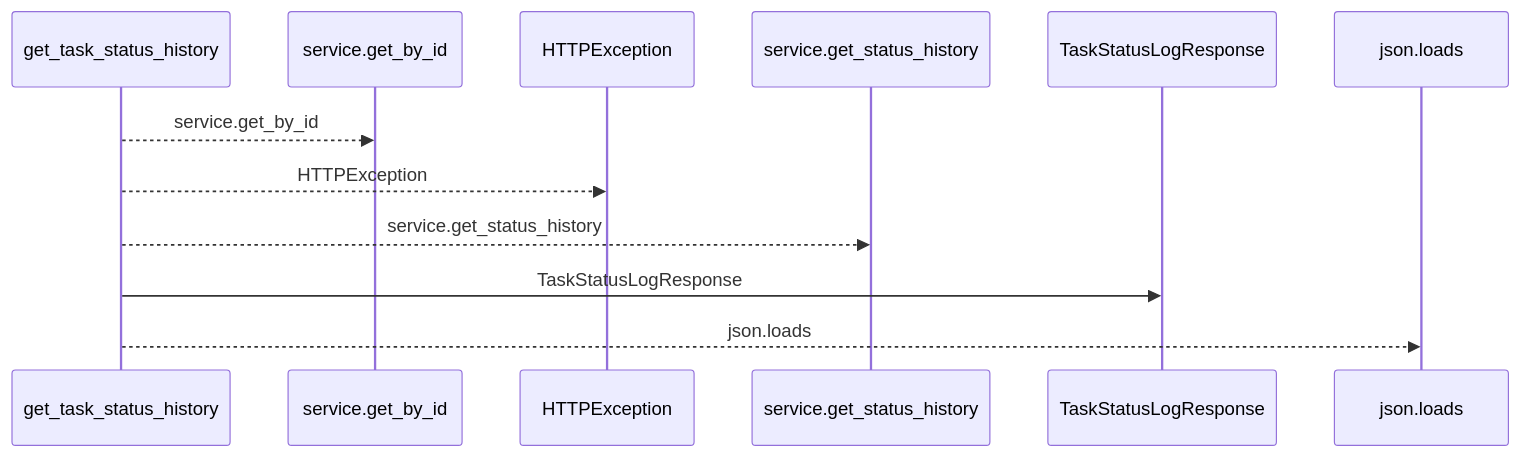
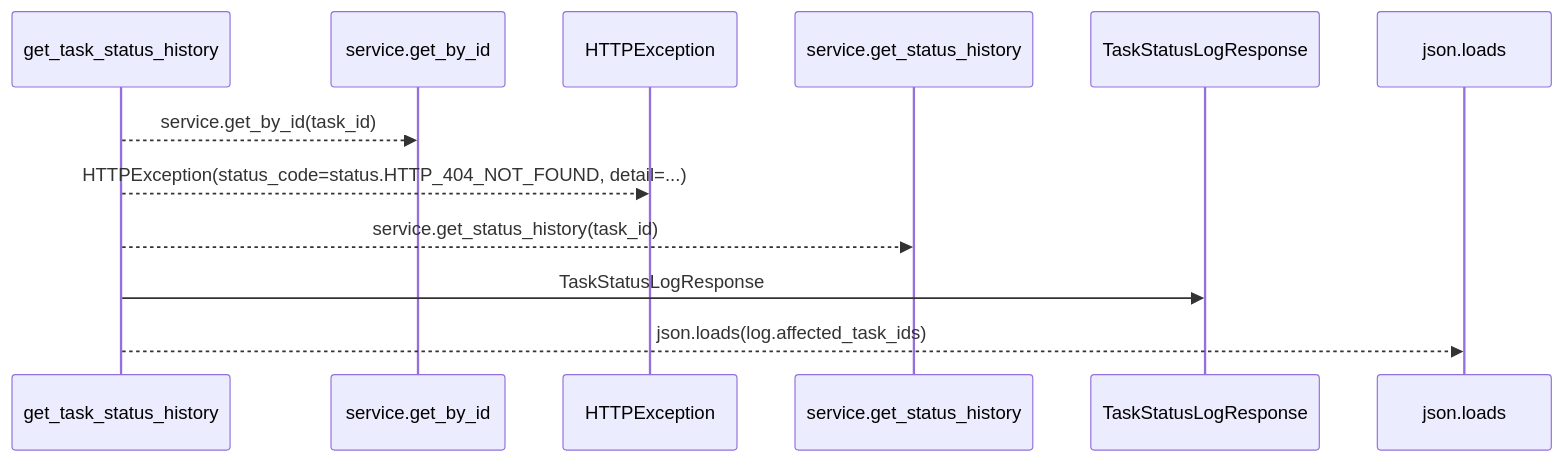
Before and after one commit to Denissvgn/WorkChord: the first of 2 diagrams in docs/llm_wiki/flows/http-get_task_status_history.md, drawn with Mermaid. The commit also changed other lines of this file and 25171 other files, not shown here.

````diff
--- a/docs/llm_wiki/flows/http-get_task_status_history.md
+++ b/docs/llm_wiki/flows/http-get_task_status_history.md
@@ -10,14 +12,14 @@
 ```mermaid
 sequenceDiagram
     participant p0 as get_task_status_history
     participant p1 as service.get_by_id
     participant p2 as HTTPException
     participant p3 as service.get_status_history
     participant p4 as TaskStatusLogResponse
     participant p5 as json.loads
-    p0-->>p1: service.get_by_id
-    p0-->>p2: HTTPException
-    p0-->>p3: service.get_status_history
+    p0-->>p1: service.get_by_id(task_id)
+    p0-->>p2: HTTPException(status_code=status.HTTP_404_NOT_FOUND, detail=...)
+    p0-->>p3: service.get_status_history(task_id)
     p0->>p4: TaskStatusLogResponse
-    p0-->>p5: json.loads
+    p0-->>p5: json.loads(log.affected_task_ids)
 ```
````
